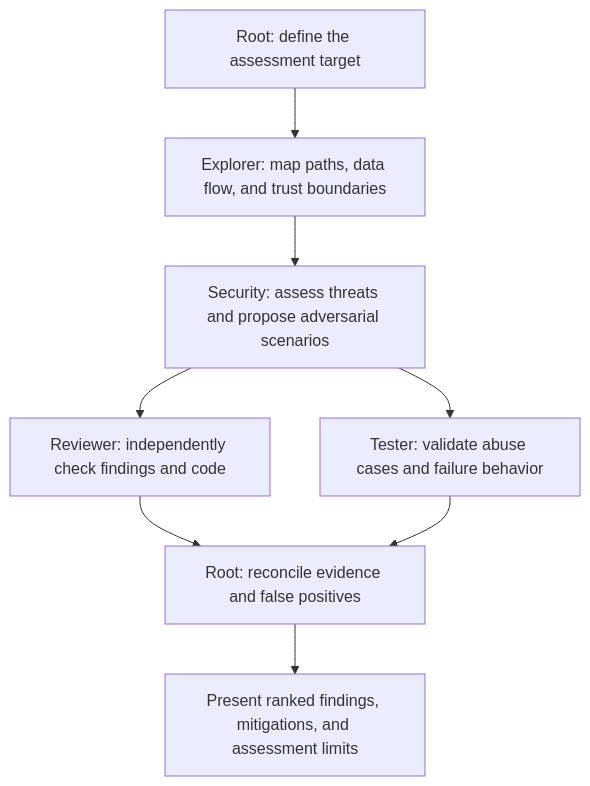
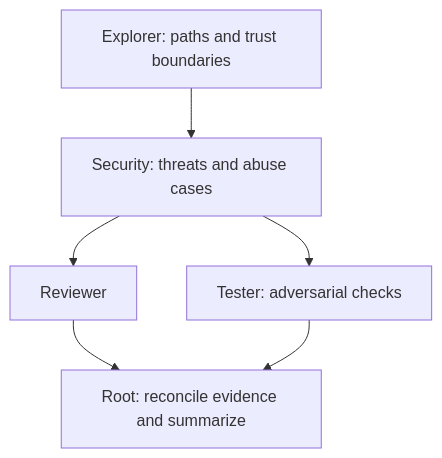
One commit to jsainthilaire/agent-rig changed the third of 3 diagrams in README.md. Above: the diagram before and after it, drawn with Mermaid. The commit also changed other lines of this file and 65 other files, not shown here.

````diff
--- a/README.md
+++ b/README.md
@@ -150,10 +183,8 @@
 ```mermaid
 flowchart TD
-    Start["Root: define the assessment target"] --> Explorer["Explorer: map paths, data flow, and trust boundaries"]
-    Explorer --> Security["Security: assess threats and propose adversarial scenarios"]
-    Security --> Reviewer["Reviewer: independently check findings and code"]
-    Security --> Tester["Tester: validate abuse cases and failure behavior"]
-    Reviewer --> Summary["Root: reconcile evidence and false positives"]
+    Explorer[Explorer: paths and trust boundaries] --> Security[Security: threats and abuse cases]
+    Security --> Reviewer[Reviewer]
+    Security --> Tester[Tester: adversarial checks]
+    Reviewer --> Summary[Root: reconcile evidence and summarize]
     Tester --> Summary
-    Summary --> Result["Present ranked findings, mitigations, and assessment limits"]
 ```
````
